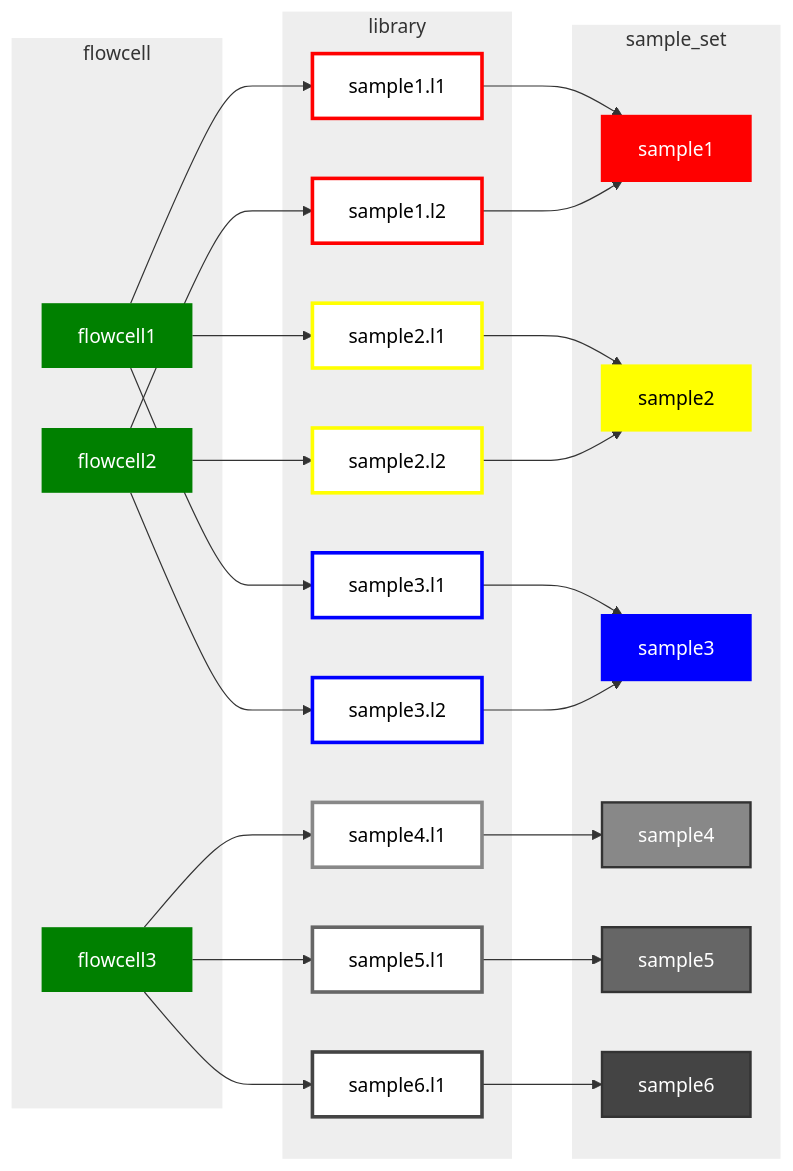
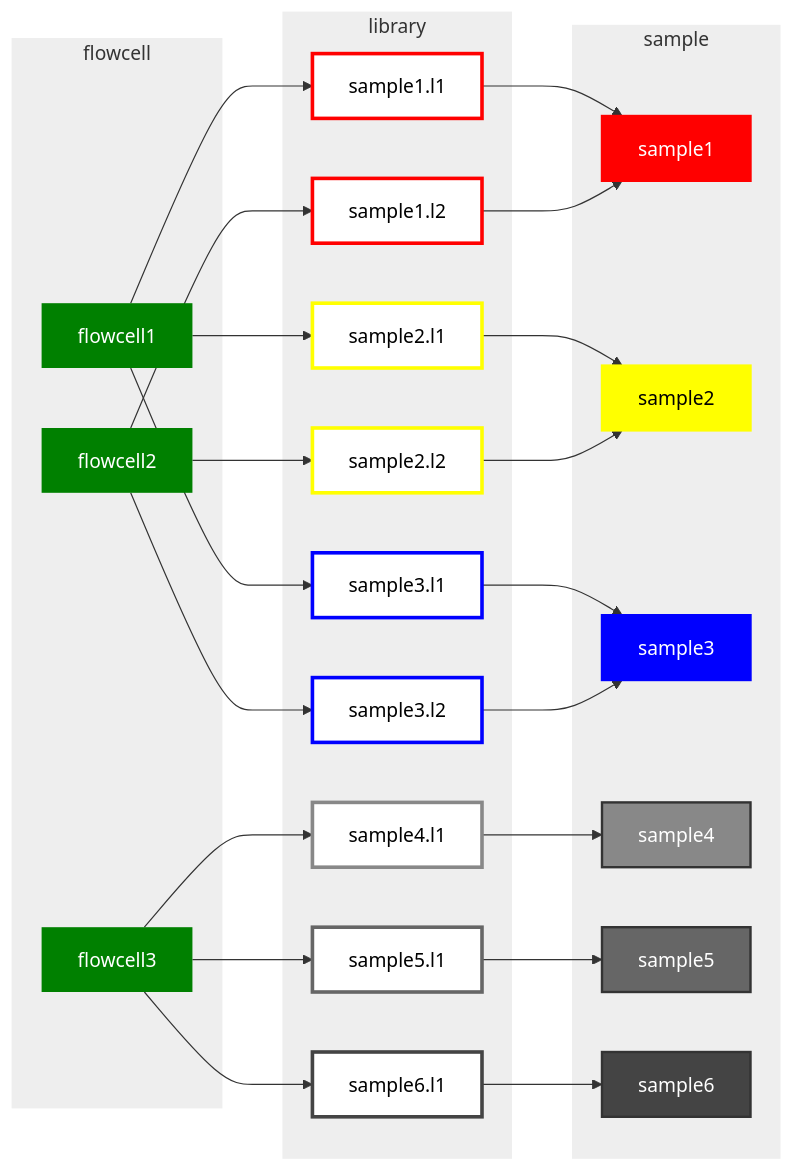
The diagram in broad-viral-ngs/workspace-setup.md (broadinstitute/viral-workshops), drawn with Mermaid before and after one commit.

Commit message:
s/sample_set/sample/ in chart

````diff
--- a/broad-viral-ngs/workspace-setup.md
+++ b/broad-viral-ngs/workspace-setup.md
@@ -78,49 +78,50 @@
 ```mermaid
 %%{ init: { 'flowchart': { 'curve': 'basis' } } }%%
 flowchart LR
     subgraph flowcell
     flowcell1:::fc-nostroke
     flowcell2:::fc-nostroke
     flowcell3:::fc-nostroke
     end
     subgraph library
     flowcell1-->sample1.l1:::entity1
     flowcell1-->sample2.l1:::entity2
     flowcell1-->sample3.l1:::entity3
     flowcell2-->sample1.l2:::entity1
     flowcell2-->sample2.l2:::entity2
     flowcell2-->sample3.l2:::entity3
     flowcell3-->sample4.l1:::entity4
     flowcell3-->sample5.l1:::entity5
     flowcell3-->sample6.l1:::entity6
     end
-    subgraph sample_set
+    subgraph sample
     sample1.l1-->sample1:::set_entity1
     sample1.l2-->sample1:::set_entity1
     sample2.l1-->sample2:::set_entity2
     sample2.l2-->sample2:::set_entity2
     sample3.l1-->sample3:::set_entity3
     sample3.l2-->sample3:::set_entity3
     sample4.l1-->sample4:::set_entity4
     sample5.l1-->sample5:::set_entity5
     sample6.l1-->sample6:::set_entity6
     end
     classDef fc-nostroke fill:green, color:#fff, stroke-width:0px
     classDef set_entity1 fill:red,color:#fff,stroke:red,stroke-width:2px
     classDef set_entity2 fill:yellow,color:#000,stroke:yellow,stroke-width:2px
     classDef set_entity3 fill:blue,color:#fff,stroke:blue,stroke-width:2px
     classDef set_entity4 fill:#888,color:#fff,stroke:#333,stroke-width:2px
     classDef set_entity5 fill:#666,color:#fff,stroke:#333,stroke-width:2px
     classDef set_entity6 fill:#444,color:#fff,stroke:#333,stroke-width:2px
     
     classDef entity1 stroke:red,color:#000,fill:#fff,stroke-width:3px
     classDef entity2 stroke:yellow,color:#000,fill:#fff,stroke-width:3px
     classDef entity3 stroke:blue,color:#000,fill:#fff,stroke-width:3px
 
     classDef entity4 stroke:#888,color:#000,fill:#fff,stroke-width:3px
     classDef entity5 stroke:#666,color:#000,fill:#fff,stroke-width:3px
     classDef entity6 stroke:#444,color:#000,fill:#fff,stroke-width:3px
     style flowcell fill:#eee,stroke:#333,stroke-width:0px
     style library fill:#eee,stroke:#333,stroke-width:0px
-    style sample_set fill:#eee,stroke:#333,stroke-width:0px
+    style sample fill:#eee,stroke:#333,stroke-width:0px
+
 ```
````
